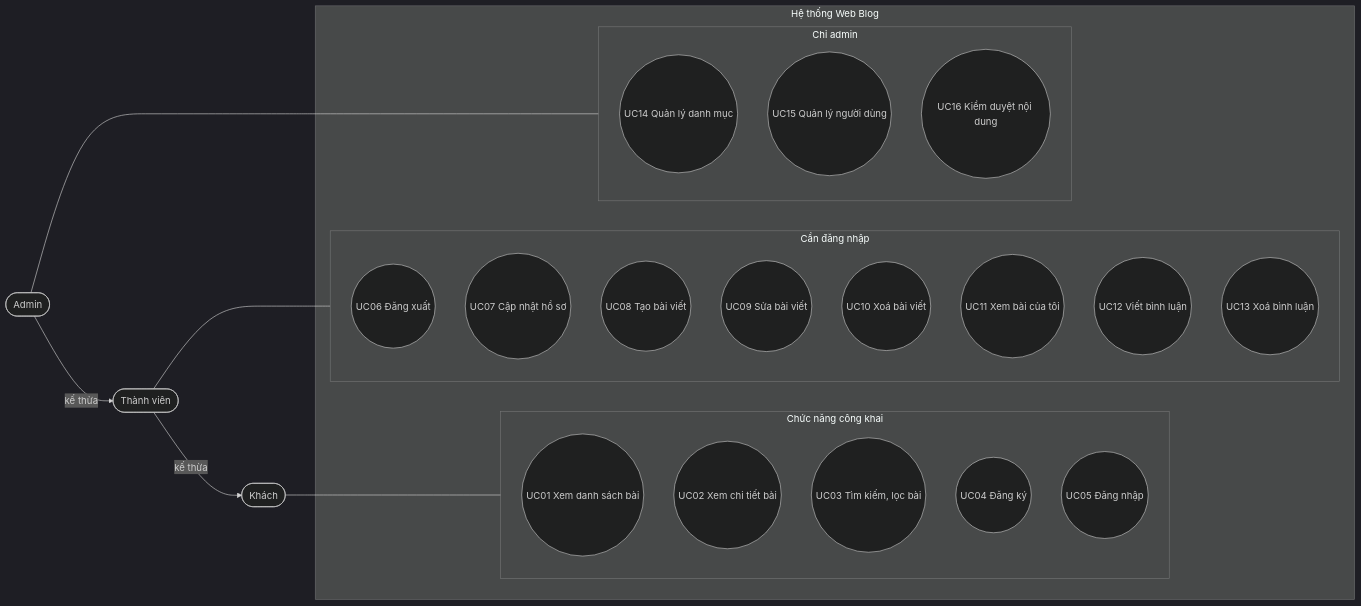
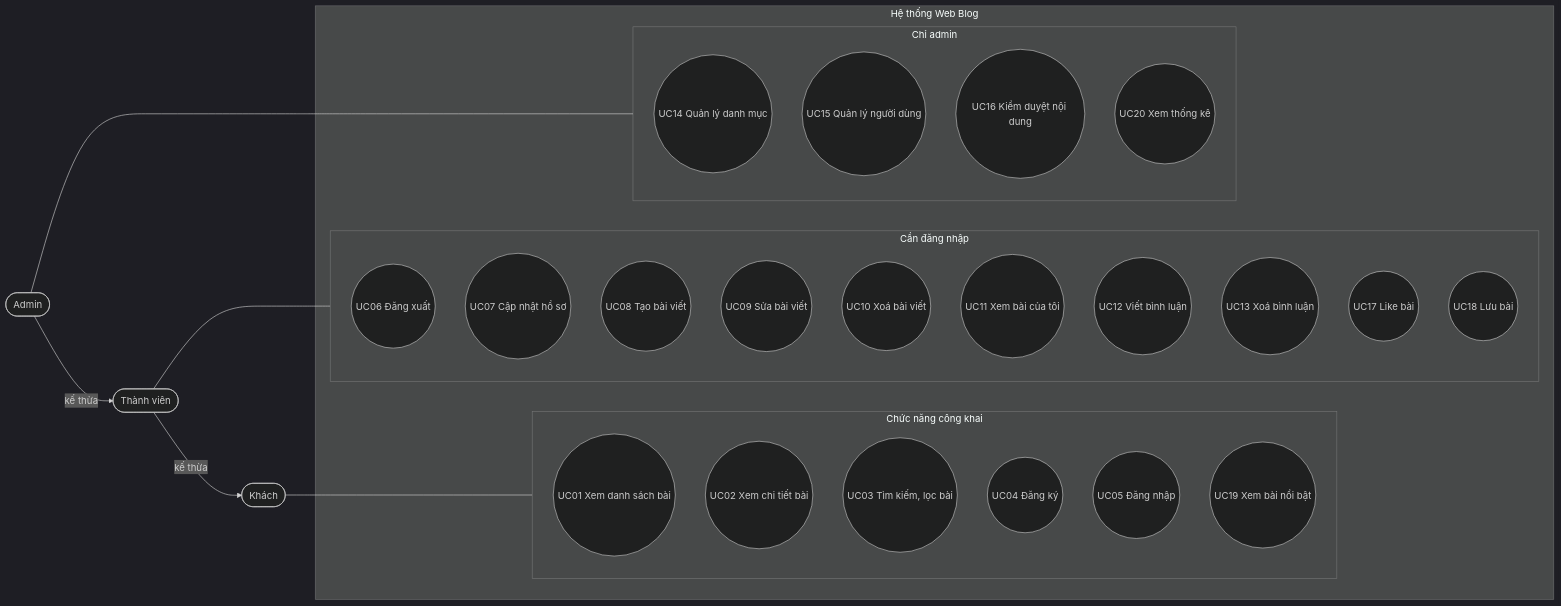
One commit to PotatoMine725/Nhom3-Web_Blog changed the first of 3 diagrams in docs/specs/02-use-cases.md. Above: the diagram before and after it, drawn with Mermaid (dark theme). The commit also changed other lines of this file and 5 other files, not shown here.

First line of the commit message:
docs: spec tính năng mở rộng (like, bookmark, lượt xem, ảnh bìa, thống kê, tìm kiếm)

````diff
--- a/docs/specs/02-use-cases.md
+++ b/docs/specs/02-use-cases.md
@@ -40,37 +44,41 @@
 ```mermaid
 flowchart LR
   Guest([Khách])
   Member([Thành viên])
   Admin([Admin])
   Member -- kế thừa --> Guest
   Admin -- kế thừa --> Member
 
   subgraph SYS[Hệ thống Web Blog]
     subgraph PUB[Chức năng công khai]
       UC01((UC01 Xem danh sách bài))
       UC02((UC02 Xem chi tiết bài))
       UC03((UC03 Tìm kiếm, lọc bài))
       UC04((UC04 Đăng ký))
       UC05((UC05 Đăng nhập))
+      UC19((UC19 Xem bài nổi bật))
     end
     subgraph MEM[Cần đăng nhập]
       UC06((UC06 Đăng xuất))
       UC07((UC07 Cập nhật hồ sơ))
       UC08((UC08 Tạo bài viết))
       UC09((UC09 Sửa bài viết))
       UC10((UC10 Xoá bài viết))
       UC11((UC11 Xem bài của tôi))
       UC12((UC12 Viết bình luận))
       UC13((UC13 Xoá bình luận))
+      UC17((UC17 Like bài))
+      UC18((UC18 Lưu bài))
     end
     subgraph ADM[Chỉ admin]
       UC14((UC14 Quản lý danh mục))
       UC15((UC15 Quản lý người dùng))
       UC16((UC16 Kiểm duyệt nội dung))
+      UC20((UC20 Xem thống kê))
     end
   end
 
   Guest --- PUB
   Member --- MEM
   Admin --- ADM
 ```
````
